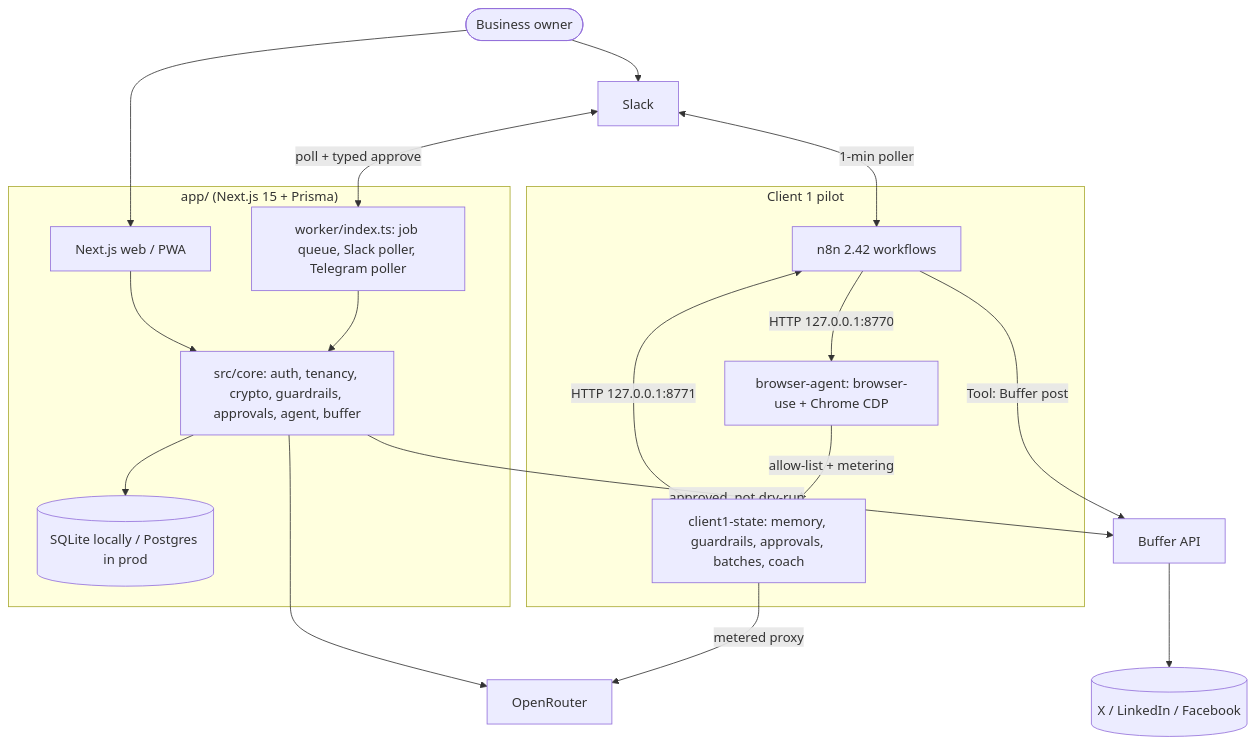
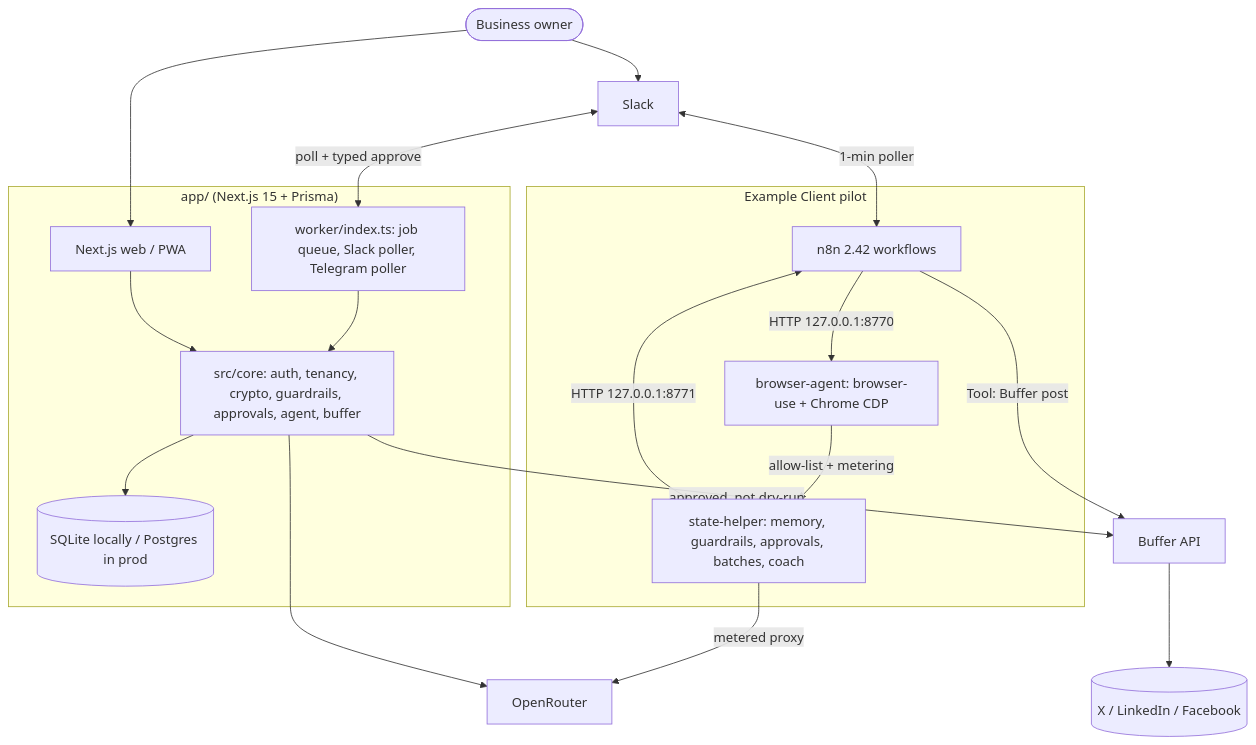
One commit to srinivasaphanindra/northstar-agent-stack changed the diagram in docs/architecture.md. Above: the diagram before and after it, drawn with Mermaid. The commit also changed other lines of this file and 71 other files, not shown here.

````diff
--- a/docs/architecture.md
+++ b/docs/architecture.md
@@ -3,22 +3,22 @@
 ```mermaid
 flowchart TB
   owner([Business owner]) --> slack[Slack]
   owner --> pwa[Next.js web / PWA]
   subgraph app["app/ (Next.js 15 + Prisma)"]
     pwa --> core[src/core: auth, tenancy, crypto, guardrails, approvals, agent, buffer]
     worker[worker/index.ts: job queue, Slack poller, Telegram poller] --> core
     core --> db[(SQLite locally / Postgres in prod)]
   end
   slack <-->|poll + typed approve| worker
-  subgraph pilot["Client 1 pilot"]
-    n8n[n8n 2.42 workflows] <-->|HTTP 127.0.0.1:8771| state[client1-state: memory, guardrails, approvals, batches, coach]
+  subgraph pilot["Example Client pilot"]
+    n8n[n8n 2.42 workflows] <-->|HTTP 127.0.0.1:8771| state[state-helper: memory, guardrails, approvals, batches, coach]
     n8n -->|HTTP 127.0.0.1:8770| browser[browser-agent: browser-use + Chrome CDP]
     browser -->|allow-list + metering| state
   end
   slack <-->|1-min poller| n8n
   core --> or[OpenRouter]
   state -->|metered proxy| or
   core -->|approved, not dry-run| buffer[Buffer API]
   n8n -->|Tool: Buffer post| buffer
   buffer --> net[(X / LinkedIn / Facebook)]
 ```
````
